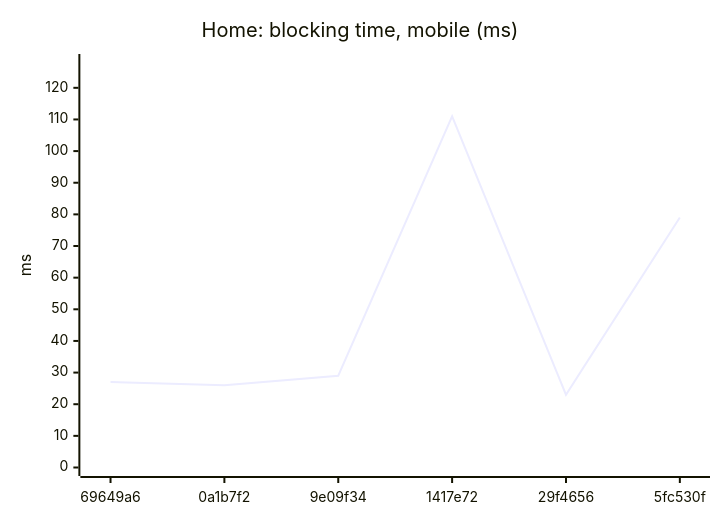
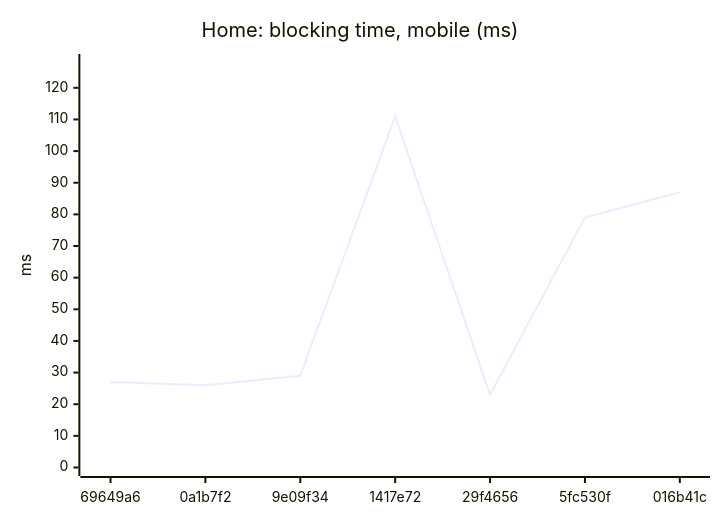
The second of 18 diagrams in README.md (AxelUser/maltsev.space), drawn with Mermaid before and after one commit. The commit also changed other lines of this file and 1 other file, not shown here.

````diff
--- a/README.md
+++ b/README.md
@@ -43,7 +43,7 @@
 ```mermaid
 xychart-beta
   title "Home: blocking time, mobile (ms)"
-  x-axis ["69649a6", "0a1b7f2", "9e09f34", "1417e72", "29f4656", "5fc530f"]
+  x-axis ["69649a6", "0a1b7f2", "9e09f34", "1417e72", "29f4656", "5fc530f", "016b41c"]
   y-axis "ms" 0 --> 128
-  line [27, 26, 29, 111, 23, 79]
+  line [27, 26, 29, 111, 23, 79, 87]
 ```
````
